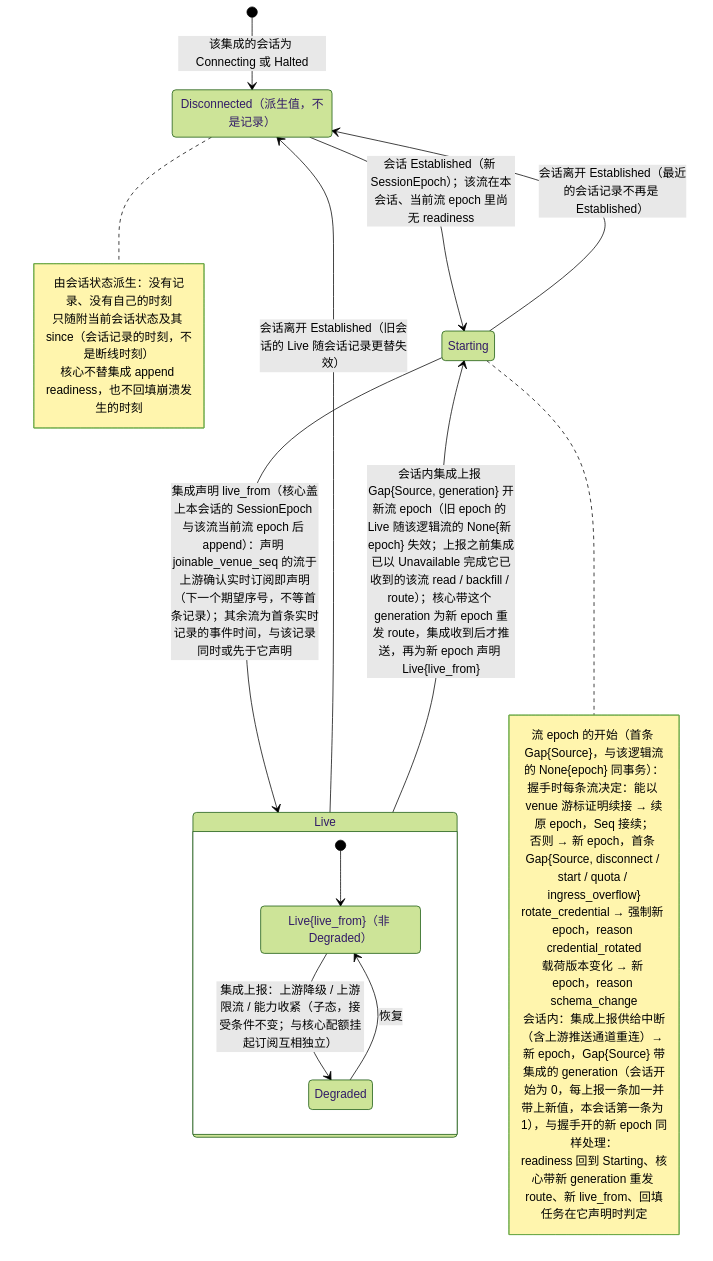
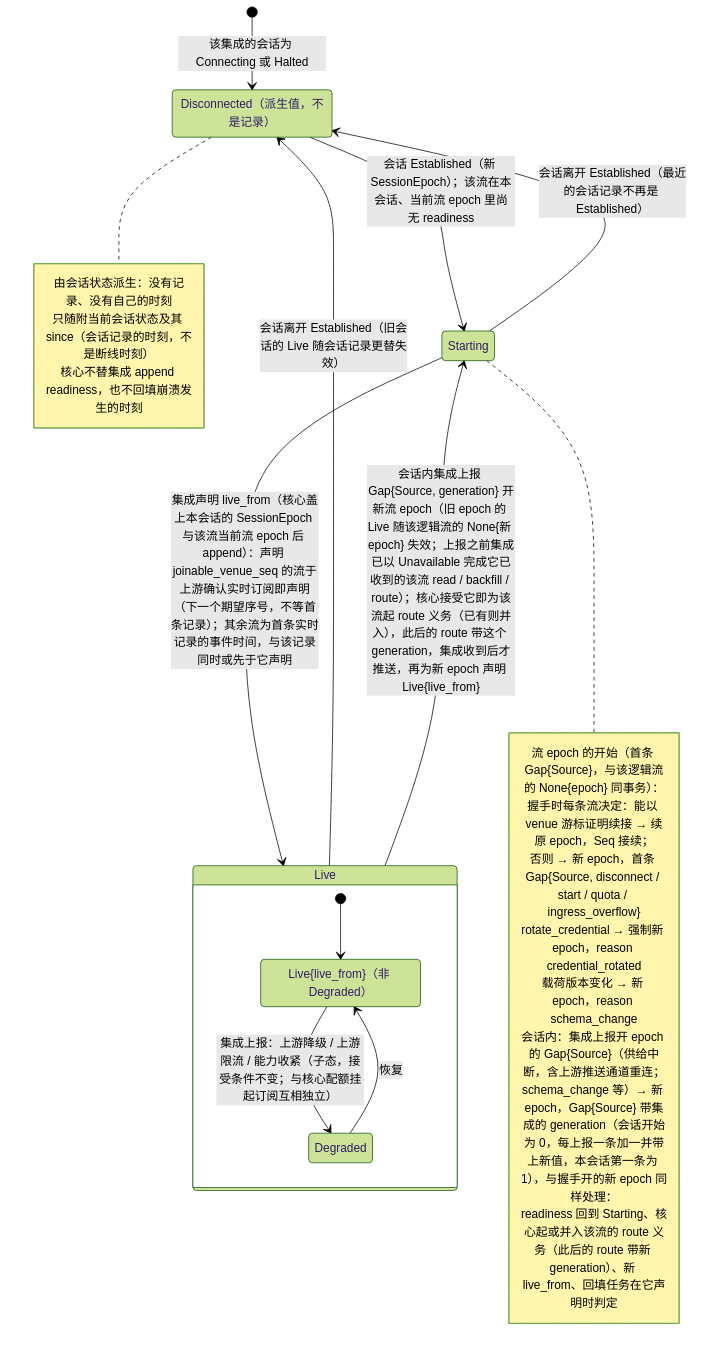
Before and after one commit to mouriya-s-lab/uta: the second of 6 diagrams in design/diagrams/03-observation-ingest.md, drawn with Mermaid (forest theme). The commit also changed other lines of this file and 11 other files, not shown here.

Commit message:
design: route obligation nested in the integration session and discarded at session end; program-stream epochs opened by every non-carrying member start (load start, replacement program_upgrade); #47 first-route generation conditional; first epoch has no predecessor; in-session gap wording

````diff
--- a/design/diagrams/03-observation-ingest.md
+++ b/design/diagrams/03-observation-ingest.md
@@ -51,30 +51,30 @@
 ```mermaid
 stateDiagram-v2
   state "Disconnected（派生值，不是记录）" as DC
   state "Live{live_from}（非 Degraded）" as LN
   [*] --> DC : 该集成的会话为 Connecting 或 Halted
   DC --> Starting : 会话 Established（新 SessionEpoch）；该流在本会话、当前流 epoch 里尚无 readiness
   Starting --> Live : 集成声明 live_from（核心盖上本会话的 SessionEpoch 与该流当前流 epoch 后 append）：声明 joinable_venue_seq 的流于上游确认实时订阅即声明（下一个期望序号，不等首条记录）；其余流为首条实时记录的事件时间，与该记录同时或先于它声明
   state Live {
     [*] --> LN
     LN --> Degraded : 集成上报：上游降级 / 上游限流 / 能力收紧（子态，接受条件不变；与核心配额挂起订阅互相独立）
     Degraded --> LN : 恢复
   }
   Starting --> DC : 会话离开 Established（最近的会话记录不再是 Established）
   Live --> DC : 会话离开 Established（旧会话的 Live 随会话记录更替失效）
-  Live --> Starting : 会话内集成上报 Gap{Source, generation} 开新流 epoch（旧 epoch 的 Live 随该逻辑流的 None{新 epoch} 失效；上报之前集成已以 Unavailable 完成它已收到的该流 read / backfill / route）；核心带这个 generation 为新 epoch 重发 route，集成收到后才推送，再为新 epoch 声明 Live{live_from}
+  Live --> Starting : 会话内集成上报 Gap{Source, generation} 开新流 epoch（旧 epoch 的 Live 随该逻辑流的 None{新 epoch} 失效；上报之前集成已以 Unavailable 完成它已收到的该流 read / backfill / route）；核心接受它即为该流起 route 义务（已有则并入），此后的 route 带这个 generation，集成收到后才推送，再为新 epoch 声明 Live{live_from}
   note right of DC
     由会话状态派生：没有记录、没有自己的时刻
     只随附当前会话状态及其 since（会话记录的时刻，不是断线时刻）
     核心不替集成 append readiness，也不回填崩溃发生的时刻
   end note
   note right of Starting
     流 epoch 的开始（首条 Gap{Source}，与该逻辑流的 None{epoch} 同事务）：
     握手时每条流决定：能以 venue 游标证明续接 → 续原 epoch，Seq 接续；
     否则 → 新 epoch，首条 Gap{Source, disconnect / start / quota / ingress_overflow}
     rotate_credential → 强制新 epoch，reason credential_rotated
     载荷版本变化 → 新 epoch，reason schema_change
-    会话内：集成上报供给中断（含上游推送通道重连）→ 新 epoch，Gap{Source} 带集成的 generation（会话开始为 0，每上报一条加一并带上新值，本会话第一条为 1），与握手开的新 epoch 同样处理：
-    readiness 回到 Starting、核心带新 generation 重发 route、新 live_from、回填任务在它声明时判定
+    会话内：集成上报开 epoch 的 Gap{Source}（供给中断，含上游推送通道重连；schema_change 等）→ 新 epoch，Gap{Source} 带集成的 generation（会话开始为 0，每上报一条加一并带上新值，本会话第一条为 1），与握手开的新 epoch 同样处理：
+    readiness 回到 Starting、核心起或并入该流的 route 义务（此后的 route 带新 generation）、新 live_from、回填任务在它声明时判定
   end note
 ```
````
